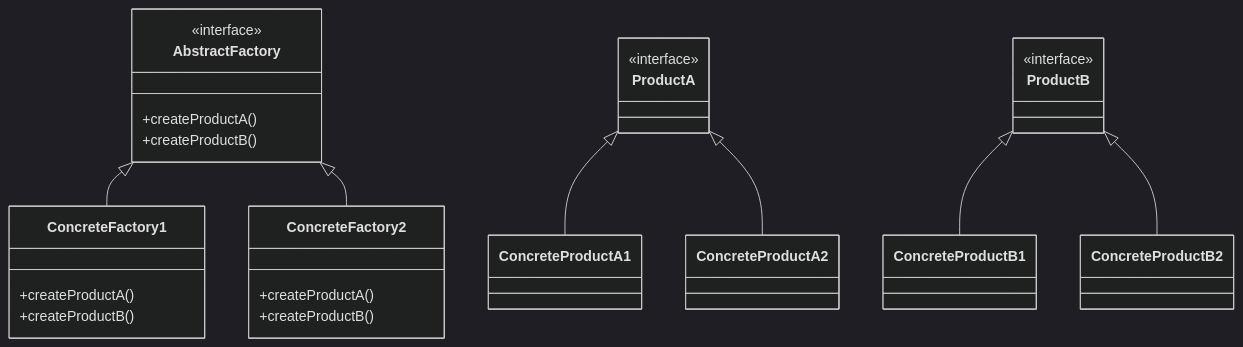
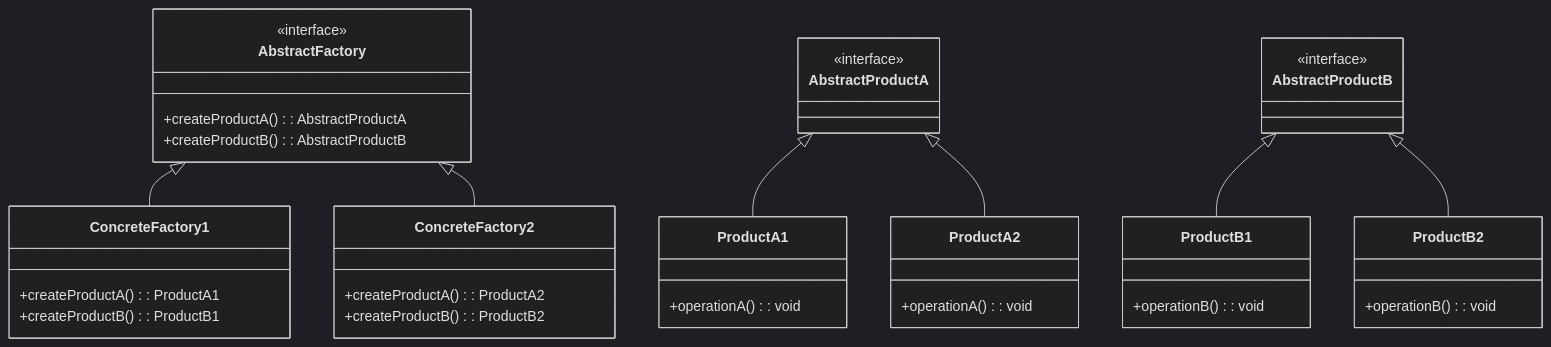
The eighth of 8 diagrams in articles/_designpattern/01_abstract_factory.md (42jerrykim/42jerrykim.github.io), drawn with Mermaid (dark theme) before and after one commit. The commit also changed other lines of this file and 1 other file, not shown here.

````diff
--- a/articles/_designpattern/01_abstract_factory.md
+++ b/articles/_designpattern/01_abstract_factory.md
@@ -1061,45 +1037,49 @@
 ```mermaid
 classDiagram
     class AbstractFactory {
         <<interface>>
-        +createProductA()
-        +createProductB()
+        +createProductA(): AbstractProductA
+        +createProductB(): AbstractProductB
     }
 
     class ConcreteFactory1 {
-        +createProductA()
-        +createProductB()
+        +createProductA(): ProductA1
+        +createProductB(): ProductB1
     }
 
     class ConcreteFactory2 {
-        +createProductA()
-        +createProductB()
+        +createProductA(): ProductA2
+        +createProductB(): ProductB2
     }
 
-    class ProductA {
+    class AbstractProductA {
         <<interface>>
     }
 
-    class ProductB {
+    class AbstractProductB {
         <<interface>>
     }
 
-    class ConcreteProductA1 {
+    class ProductA1 {
+        +operationA(): void
     }
 
-    class ConcreteProductA2 {
+    class ProductA2 {
+        +operationA(): void
     }
 
-    class ConcreteProductB1 {
+    class ProductB1 {
+        +operationB(): void
     }
 
-    class ConcreteProductB2 {
+    class ProductB2 {
+        +operationB(): void
     }
 
     AbstractFactory <|-- ConcreteFactory1
     AbstractFactory <|-- ConcreteFactory2
-    ProductA <|-- ConcreteProductA1
-    ProductA <|-- ConcreteProductA2
-    ProductB <|-- ConcreteProductB1
-    ProductB <|-- ConcreteProductB2
+    AbstractProductA <|-- ProductA1
+    AbstractProductA <|-- ProductA2
+    AbstractProductB <|-- ProductB1
+    AbstractProductB <|-- ProductB2
 ```
````
